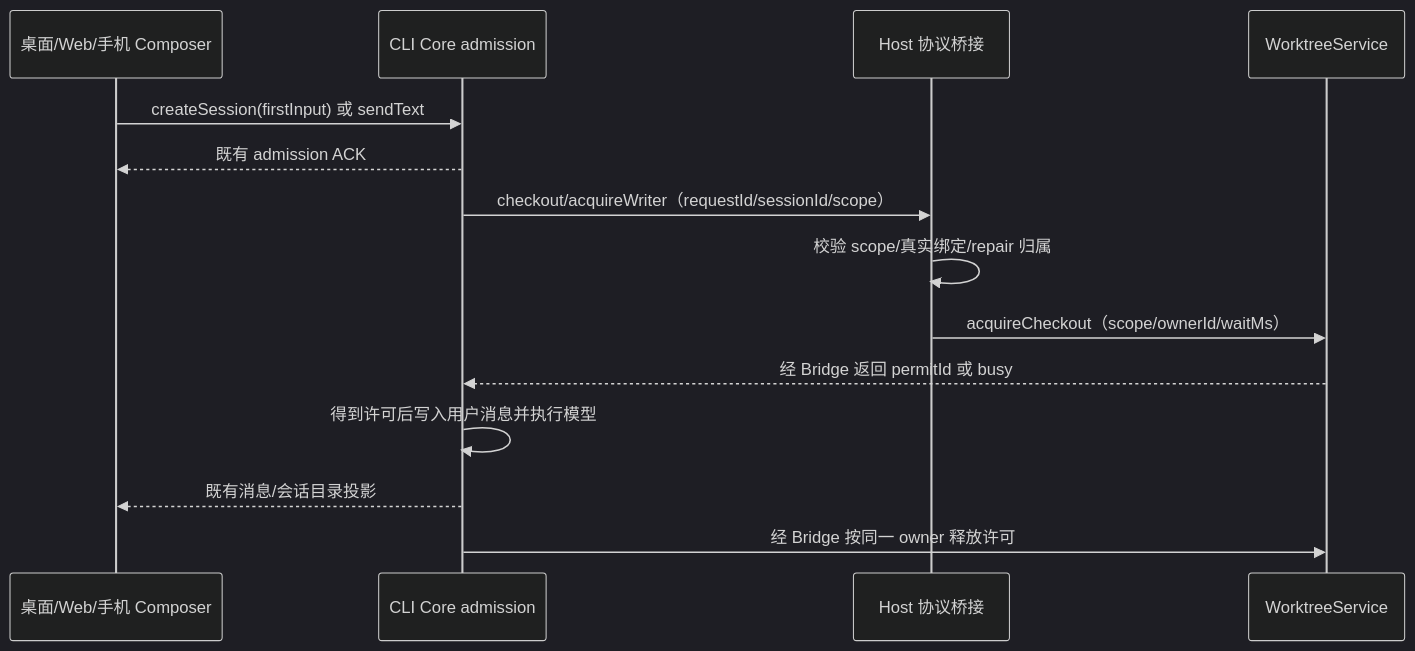
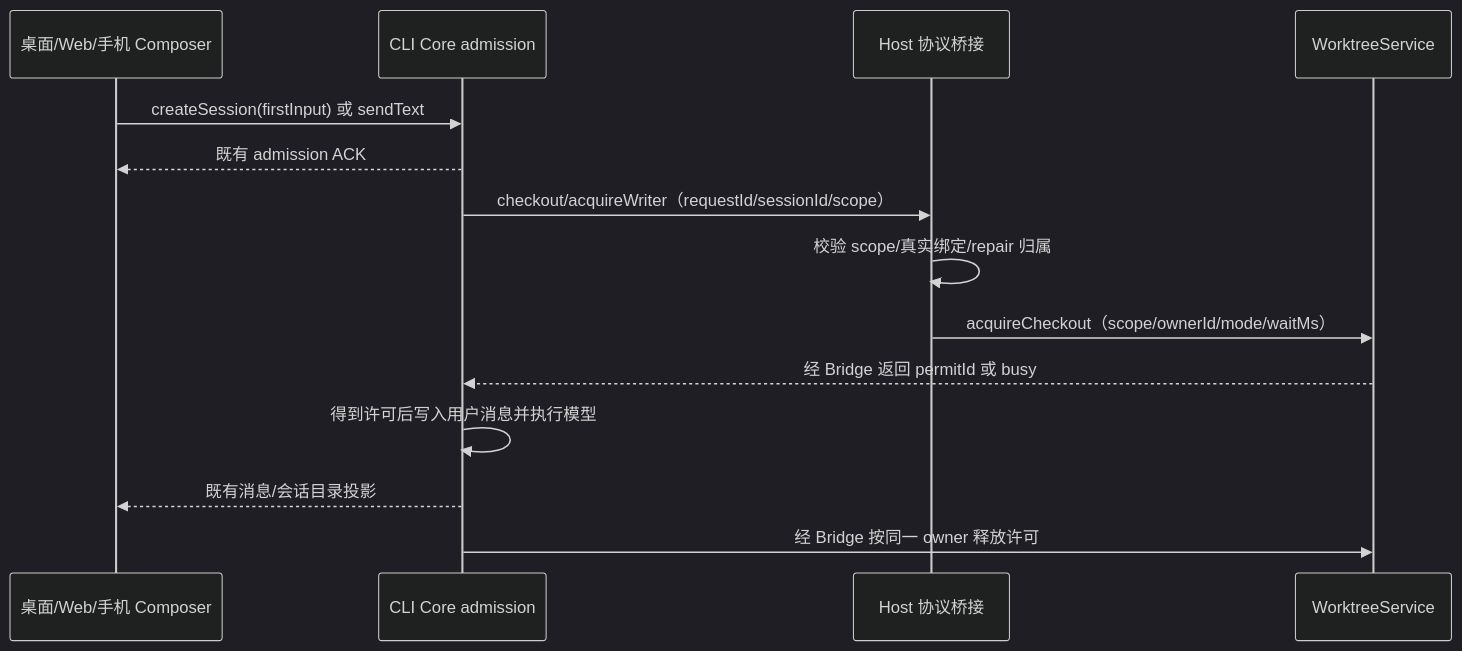
Before and after one commit to lemon-casino/LemonCode: the diagram in specs/checkout-writer-send-regression.md, drawn with Mermaid (dark theme). The commit also changed other lines of this file and 24 other files, not shown here.

````diff
--- a/specs/checkout-writer-send-regression.md
+++ b/specs/checkout-writer-send-regression.md
@@ -19,16 +19,16 @@
 ```mermaid
 sequenceDiagram
   participant UI as 桌面/Web/手机 Composer
   participant Core as CLI Core admission
   participant Bridge as Host 协议桥接
   participant WT as WorktreeService
   UI->>Core: createSession(firstInput) 或 sendText
   Core-->>UI: 既有 admission ACK
   Core->>Bridge: checkout/acquireWriter（requestId/sessionId/scope）
   Bridge->>Bridge: 校验 scope/真实绑定/repair 归属
-  Bridge->>WT: acquireCheckout（scope/ownerId/waitMs）
+  Bridge->>WT: acquireCheckout（scope/ownerId/mode/waitMs）
   WT-->>Core: 经 Bridge 返回 permitId 或 busy
   Core->>Core: 得到许可后写入用户消息并执行模型
   Core-->>UI: 既有消息/会话目录投影
   Core->>WT: 经 Bridge 按同一 owner 释放许可
 ```
````
